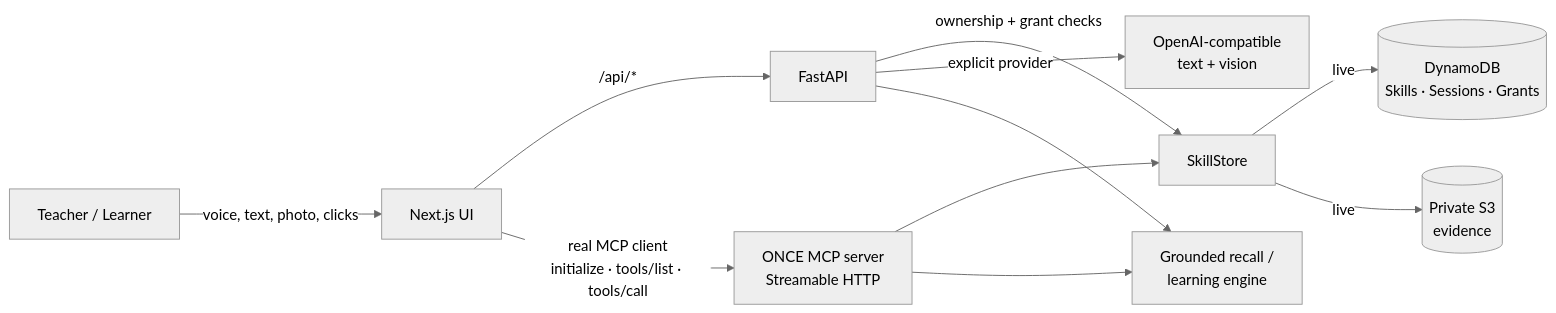
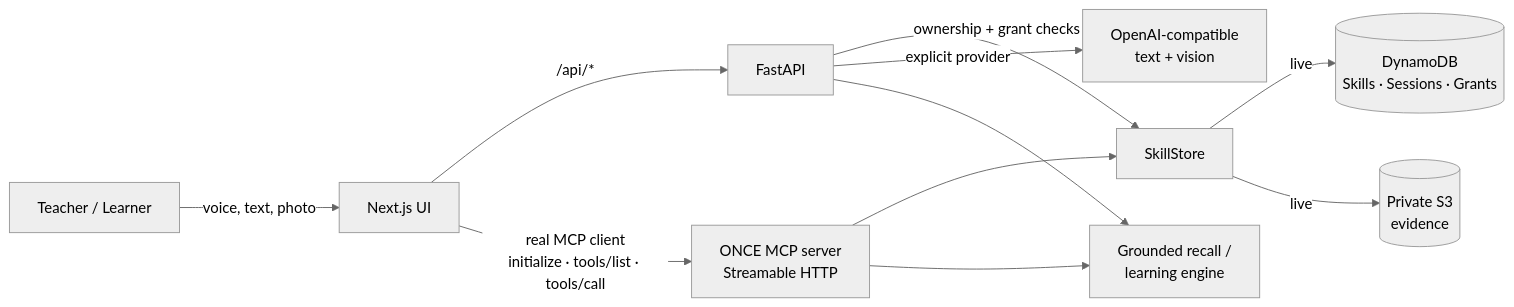
The diagram in SUBMISSION.md (khushi-infinity/once), drawn with Mermaid (neutral theme) before and after one commit. The commit also changed other lines of this file and 16 other files, not shown here.

````diff
--- a/SUBMISSION.md
+++ b/SUBMISSION.md
@@ -114,13 +118,13 @@
 ```mermaid
 flowchart LR
-  U[Teacher / Learner] -->|voice, text, photo, clicks| FE[Next.js UI]
+  U[Teacher / Learner] -->|voice, text, photo| FE[Next.js UI]
   FE -->|/api/*| API[FastAPI]
   API -->|ownership + grant checks| STORE[SkillStore]
   STORE -->|live| DDB[(DynamoDB\nSkills · Sessions · Grants)]
   STORE -->|live| S3[(Private S3\nevidence)]
   API -->|explicit provider| LLM[OpenAI-compatible\ntext + vision]
   FE -->|real MCP client\ninitialize · tools/list · tools/call| MCP[ONCE MCP server\nStreamable HTTP]
   MCP --> STORE
   MCP --> RECALL[Grounded recall /\nlearning engine]
   API --> RECALL
 ```
````
